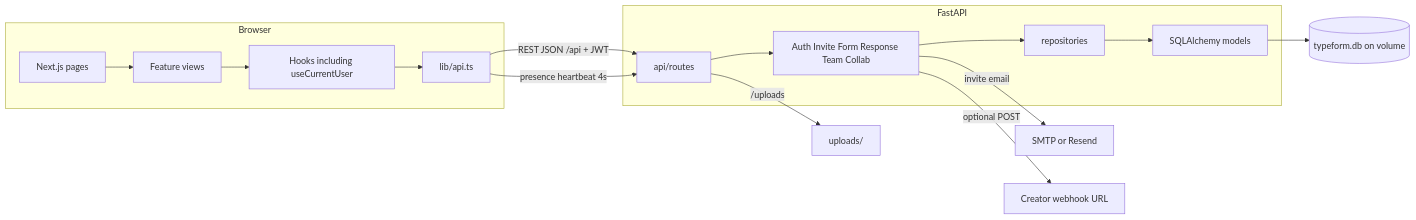
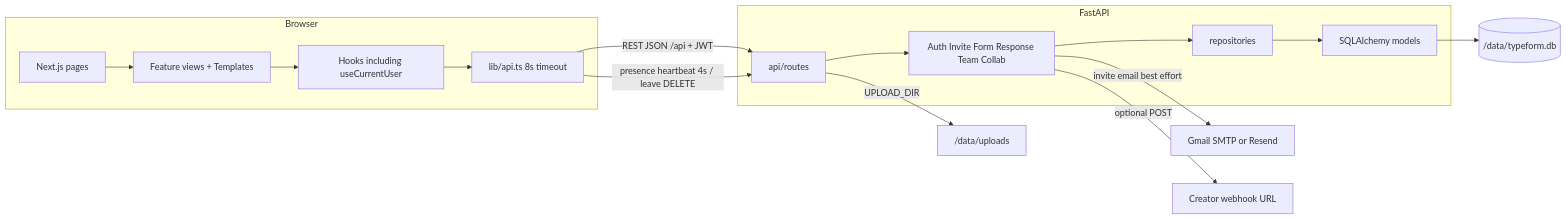
One commit to ruthwikkakumani/formly changed the first of 2 diagrams in docs/diagrams/component.md. Above: the diagram before and after it, drawn with Mermaid. The commit also changed other lines of this file and 11 other files, not shown here.

````diff
--- a/docs/diagrams/component.md
+++ b/docs/diagrams/component.md
@@ -5,25 +5,25 @@
 ```mermaid
 flowchart LR
   subgraph Browser
     Pages[Next.js pages]
-    Views[Feature views]
+    Views[Feature views + Templates]
     Hooks[Hooks including useCurrentUser]
-    Client[lib/api.ts]
+    Client["lib/api.ts 8s timeout"]
     Pages --> Views --> Hooks --> Client
   end
 
   subgraph FastAPI
     Routes[api/routes]
     Services[Auth Invite Form Response Team Collab]
     Repos[repositories]
     Models[SQLAlchemy models]
     Routes --> Services --> Repos --> Models
   end
 
   Client -->|REST JSON /api + JWT| Routes
-  Client -->|presence heartbeat 4s| Routes
-  Models --> SQLite[(typeform.db on volume)]
-  Services -->|invite email| SMTP[SMTP or Resend]
+  Client -->|presence heartbeat 4s / leave DELETE| Routes
+  Models --> SQLite[("/data/typeform.db")]
+  Services -->|invite email best effort| SMTP[Gmail SMTP or Resend]
   Services -->|optional POST| Webhook[Creator webhook URL]
-  Routes -->|/uploads| Disk[uploads/]
+  Routes -->|UPLOAD_DIR| Disk["/data/uploads"]
 ```
````
